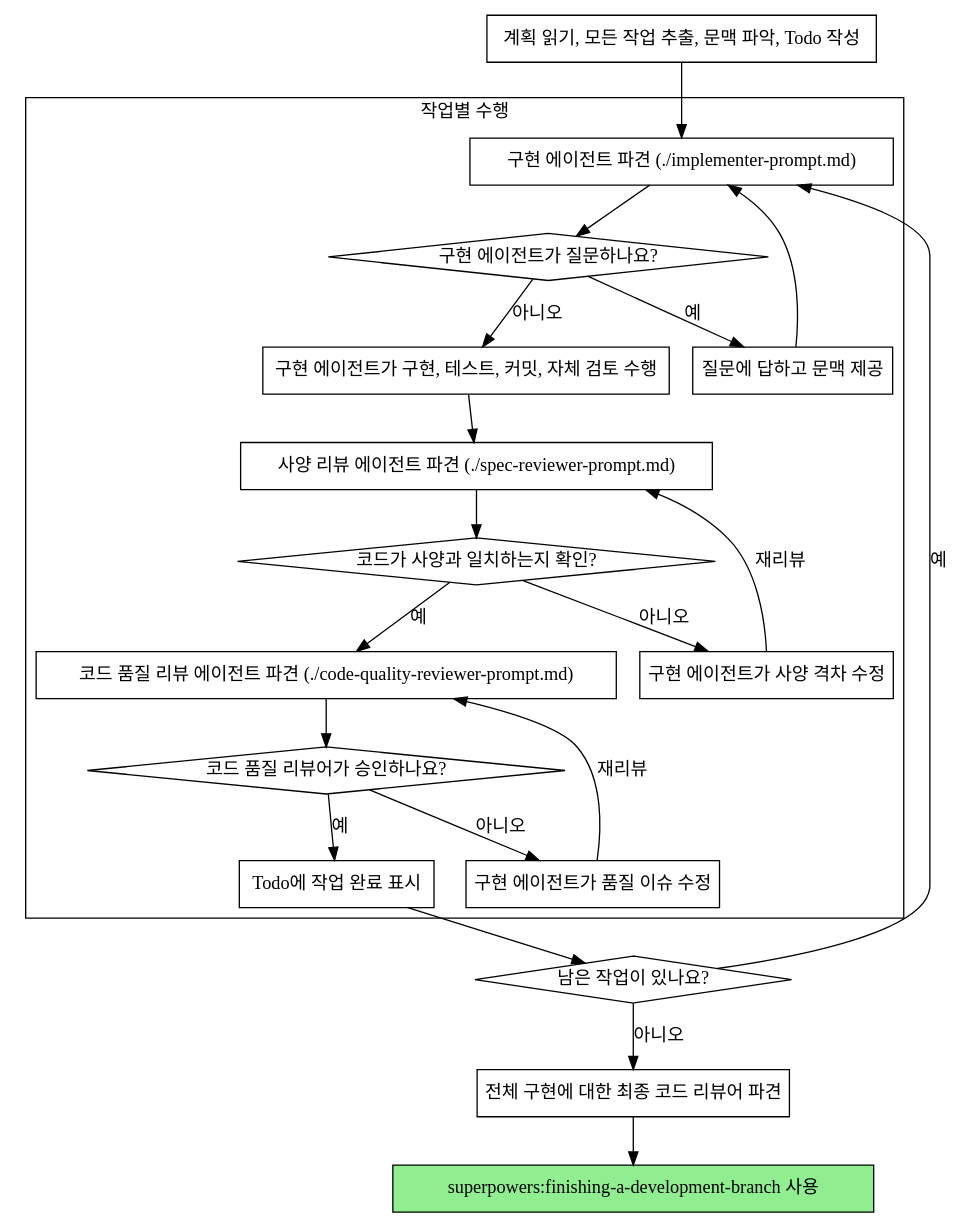
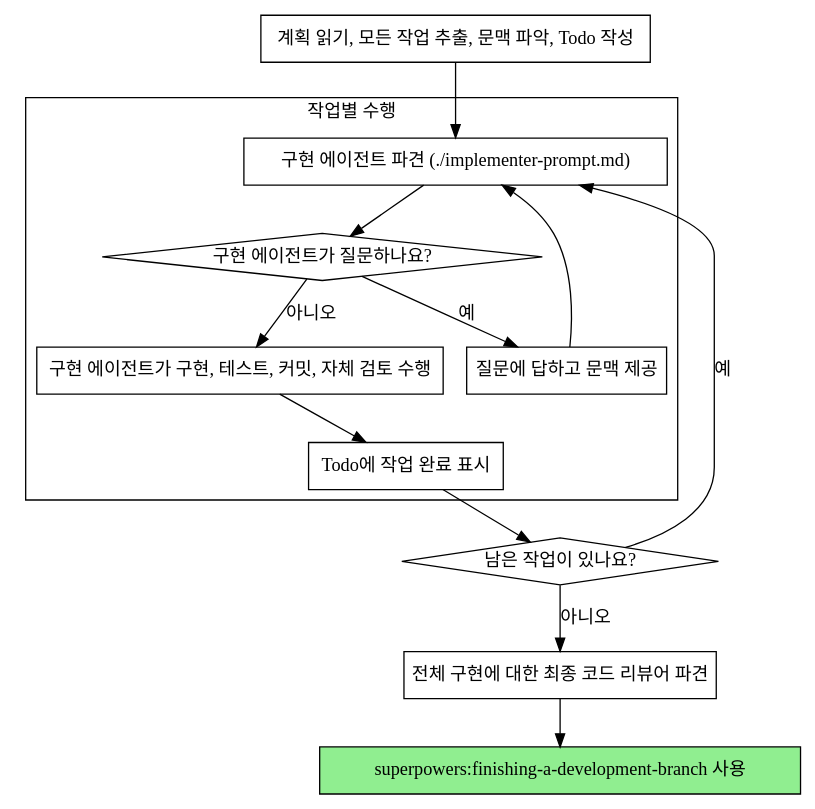
One commit to zcarc/superpowers changed the second of 2 diagrams in skills-ko/subagent-driven-development/SKILL.md. Above: the diagram before and after it, drawn with Graphviz. The commit also changed other lines of this file and 2 other files, not shown here.

````diff
--- a/skills-ko/subagent-driven-development/SKILL.md
+++ b/skills-ko/subagent-driven-development/SKILL.md
@@ -42,44 +42,30 @@
 ```dot
 digraph process {
     rankdir=TB;
 
     subgraph cluster_per_task {
         label="작업별 수행";
         "구현 에이전트 파견 (./implementer-prompt.md)" [shape=box];
         "구현 에이전트가 질문하나요?" [shape=diamond];
         "질문에 답하고 문맥 제공" [shape=box];
         "구현 에이전트가 구현, 테스트, 커밋, 자체 검토 수행" [shape=box];
-        "사양 리뷰 에이전트 파견 (./spec-reviewer-prompt.md)" [shape=box];
-        "코드가 사양과 일치하는지 확인?" [shape=diamond];
-        "구현 에이전트가 사양 격차 수정" [shape=box];
-        "코드 품질 리뷰 에이전트 파견 (./code-quality-reviewer-prompt.md)" [shape=box];
-        "코드 품질 리뷰어가 승인하나요?" [shape=diamond];
-        "구현 에이전트가 품질 이슈 수정" [shape=box];
         "Todo에 작업 완료 표시" [shape=box];
     }
 
     "계획 읽기, 모든 작업 추출, 문맥 파악, Todo 작성" [shape=box];
     "남은 작업이 있나요?" [shape=diamond];
     "전체 구현에 대한 최종 코드 리뷰어 파견" [shape=box];
     "superpowers:finishing-a-development-branch 사용" [shape=box style=filled fillcolor=lightgreen];
 
     "계획 읽기, 모든 작업 추출, 문맥 파악, Todo 작성" -> "구현 에이전트 파견 (./implementer-prompt.md)";
     "구현 에이전트 파견 (./implementer-prompt.md)" -> "구현 에이전트가 질문하나요?";
     "구현 에이전트가 질문하나요?" -> "질문에 답하고 문맥 제공" [label="예"];
     "질문에 답하고 문맥 제공" -> "구현 에이전트 파견 (./implementer-prompt.md)";
     "구현 에이전트가 질문하나요?" -> "구현 에이전트가 구현, 테스트, 커밋, 자체 검토 수행" [label="아니오"];
-    "구현 에이전트가 구현, 테스트, 커밋, 자체 검토 수행" -> "사양 리뷰 에이전트 파견 (./spec-reviewer-prompt.md)";
-    "사양 리뷰 에이전트 파견 (./spec-reviewer-prompt.md)" -> "코드가 사양과 일치하는지 확인?";
-    "코드가 사양과 일치하는지 확인?" -> "구현 에이전트가 사양 격차 수정" [label="아니오"];
-    "구현 에이전트가 사양 격차 수정" -> "사양 리뷰 에이전트 파견 (./spec-reviewer-prompt.md)" [label="재리뷰"];
-    "코드가 사양과 일치하는지 확인?" -> "코드 품질 리뷰 에이전트 파견 (./code-quality-reviewer-prompt.md)" [label="예"];
-    "코드 품질 리뷰 에이전트 파견 (./code-quality-reviewer-prompt.md)" -> "코드 품질 리뷰어가 승인하나요?";
-    "코드 품질 리뷰어가 승인하나요?" -> "구현 에이전트가 품질 이슈 수정" [label="아니오"];
-    "구현 에이전트가 품질 이슈 수정" -> "코드 품질 리뷰 에이전트 파견 (./code-quality-reviewer-prompt.md)" [label="재리뷰"];
-    "코드 품질 리뷰어가 승인하나요?" -> "Todo에 작업 완료 표시" [label="예"];
+    "구현 에이전트가 구현, 테스트, 커밋, 자체 검토 수행" -> "Todo에 작업 완료 표시";
     "Todo에 작업 완료 표시" -> "남은 작업이 있나요?";
     "남은 작업이 있나요?" -> "구현 에이전트 파견 (./implementer-prompt.md)" [label="예"];
     "남은 작업이 있나요?" -> "전체 구현에 대한 최종 코드 리뷰어 파견" [label="아니오"];
     "전체 구현에 대한 최종 코드 리뷰어 파견" -> "superpowers:finishing-a-development-branch 사용";
 }
 ```
````
